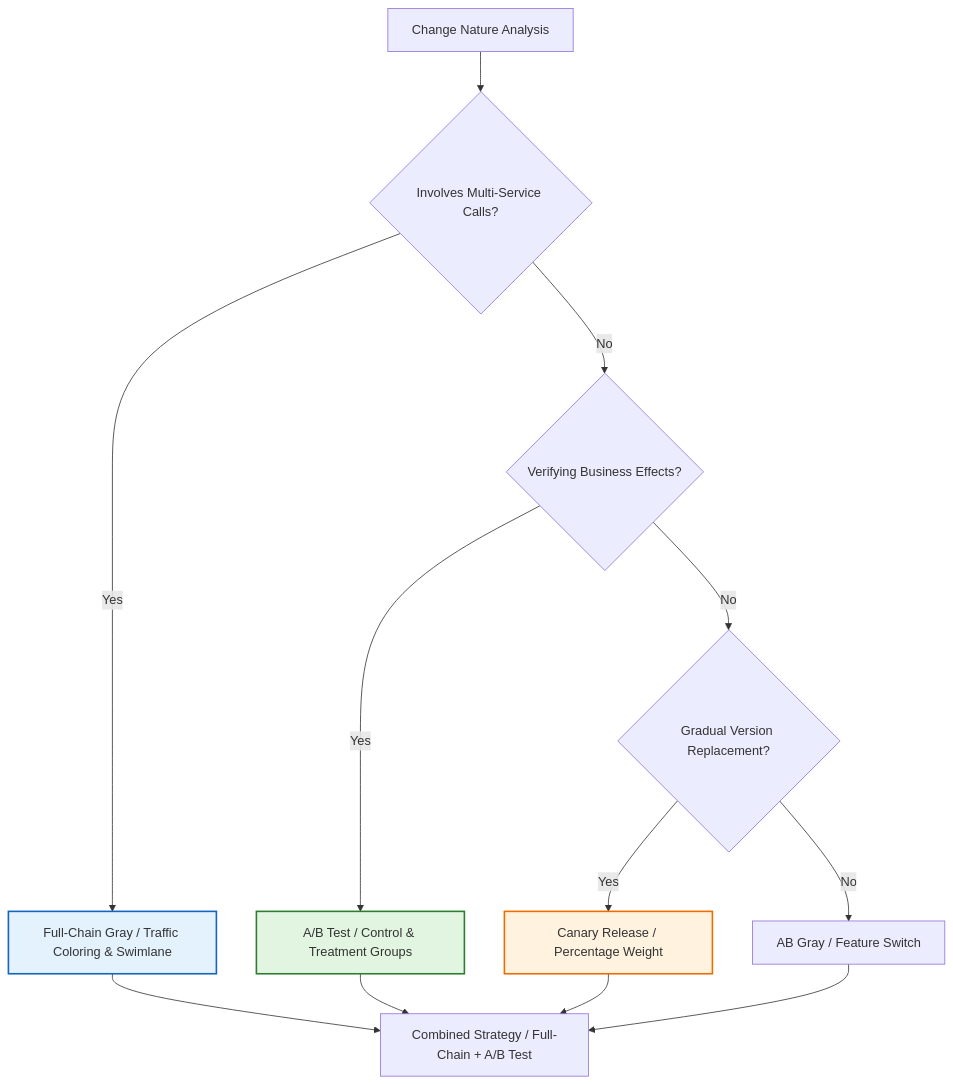
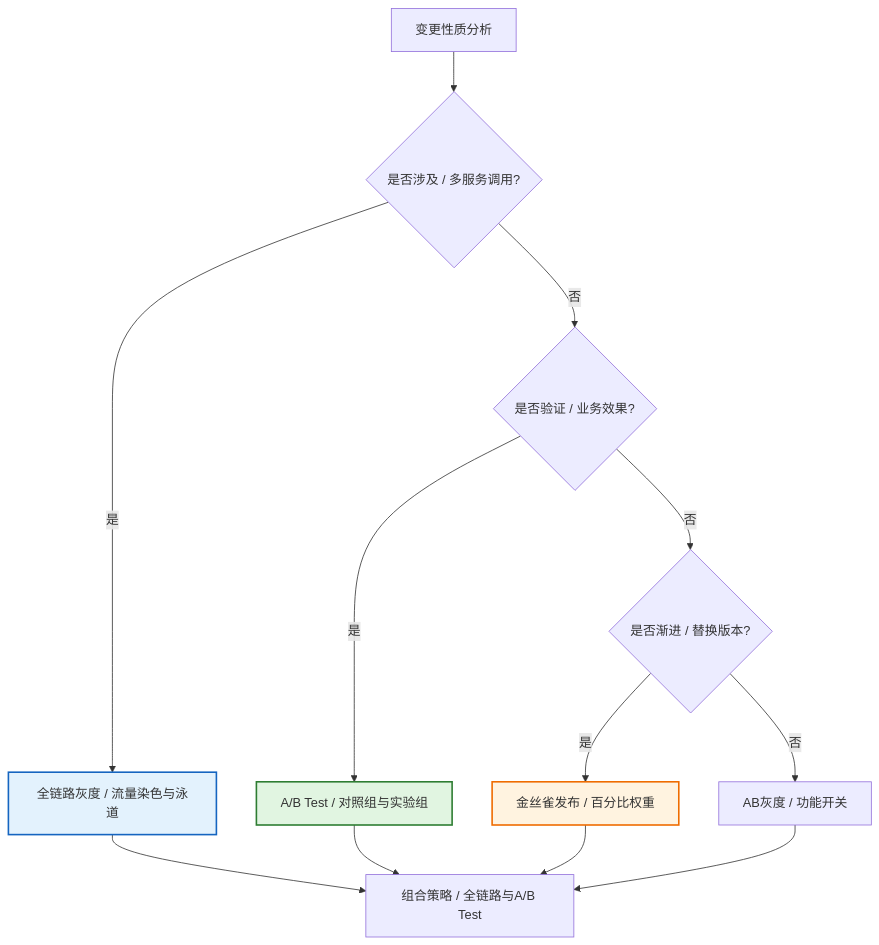
Before and after one commit to Kirky-X/cangjie: the second of 9 diagrams in templates/Product/Delivery/Template-Canary-Plan.md, drawn with Mermaid. The commit also changed other lines of this file and 33 other files, not shown here.

````diff
--- a/templates/Product/Delivery/Template-Canary-Plan.md
+++ b/templates/Product/Delivery/Template-Canary-Plan.md
@@ -108,19 +108,19 @@
 ```mermaid
 flowchart TD
-    A[Change Nature Analysis] --> B{Involves Multi-Service Calls?}
-    B -->|Yes| C[Full-Chain Gray / Traffic Coloring & Swimlane]
-    B -->|No| D{Verifying Business Effects?}
-    D -->|Yes| E[A/B Test / Control & Treatment Groups]
-    D -->|No| F{Gradual Version Replacement?}
-    F -->|Yes| G[Canary Release / Percentage Weight]
-    F -->|No| H[AB Gray / Feature Switch]
+    A[变更性质分析] --> B{是否涉及 / 多服务调用?}
+    B -->|是| C[全链路灰度 / 流量染色与泳道]
+    B -->|否| D{是否验证 / 业务效果?}
+    D -->|是| E[A/B Test / 对照组与实验组]
+    D -->|否| F{是否渐进 / 替换版本?}
+    F -->|是| G[金丝雀发布 / 百分比权重]
+    F -->|否| H[AB灰度 / 功能开关]
 
-    C --> I[Combined Strategy / Full-Chain + A/B Test]
+    C --> I[组合策略 / 全链路与A/B Test]
     E --> I
     G --> I
     H --> I
 
     style C fill:#e3f2fd,stroke:#1565c0,stroke-width:2px
     style E fill:#e1f5e1,stroke:#2e7d32,stroke-width:2px
     style G fill:#fff3e0,stroke:#ef6c00,stroke-width:2px
 ```
````
